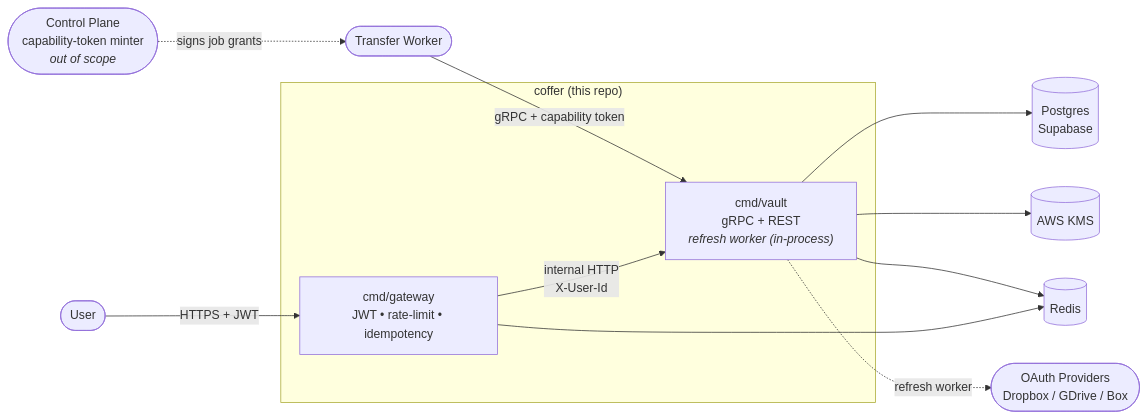
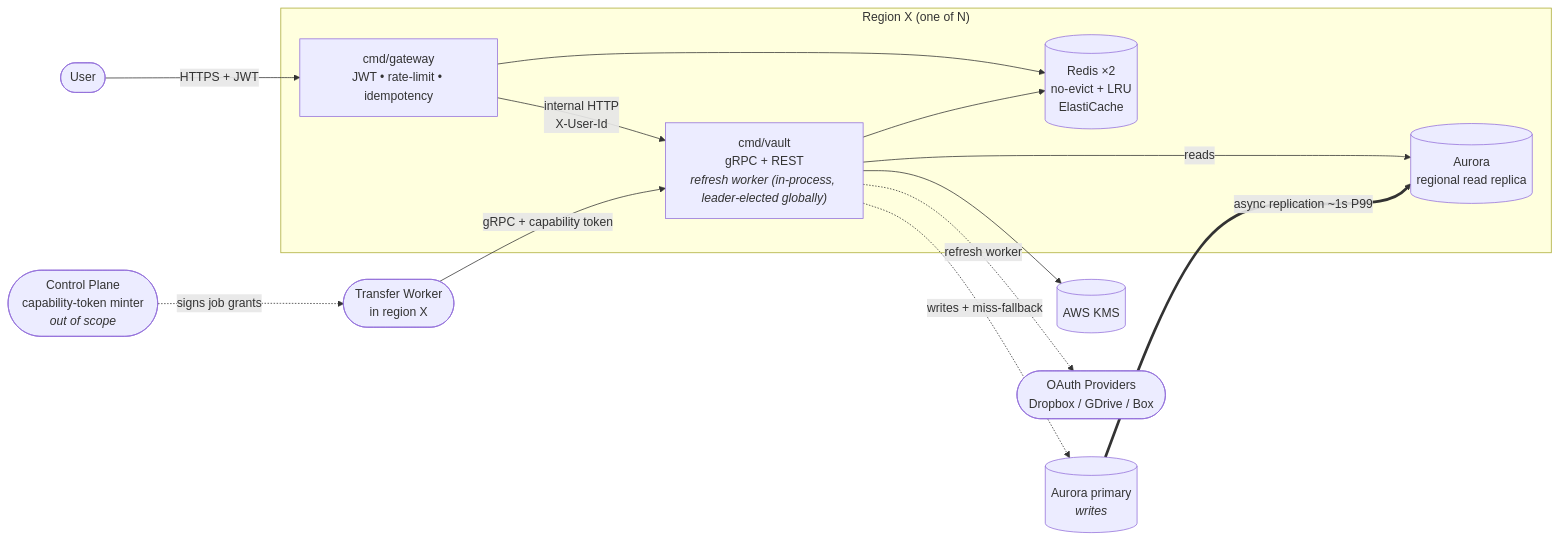
Before and after one commit to tumultousRamen/coffer: the first of 4 diagrams in README.md, drawn with Mermaid. The commit also changed other lines of this file and 9 other files, not shown here.

````diff
--- a/README.md
+++ b/README.md
@@ -16,27 +16,30 @@
 ```mermaid
 flowchart LR
     User([User])
-    Worker([Transfer Worker])
+    Worker([Transfer Worker<br/>in region X])
     CP([Control Plane<br/>capability-token minter<br/><i>out of scope</i>])
 
-    subgraph coffer["coffer (this repo)"]
+    subgraph region["Region X (one of N)"]
         Gateway["cmd/gateway<br/>JWT • rate-limit • idempotency"]
-        Vault["cmd/vault<br/>gRPC + REST<br/><i>refresh worker (in-process)</i>"]
+        Vault["cmd/vault<br/>gRPC + REST<br/><i>refresh worker (in-process, leader-elected globally)</i>"]
+        Replica[("Aurora<br/>regional read replica")]
+        Redis[("Redis ×2<br/>no-evict + LRU<br/>ElastiCache")]
     end
 
-    PG[("Postgres<br/>Supabase")]
+    Primary[("Aurora primary<br/><i>writes</i>")]
     KMS[("AWS KMS")]
-    Redis[("Redis")]
     OAuthP([OAuth Providers<br/>Dropbox / GDrive / Box])
 
     User -->|HTTPS + JWT| Gateway
     Gateway -->|internal HTTP<br/>X-User-Id| Vault
     Gateway --> Redis
     CP -.->|signs job grants| Worker
     Worker -->|gRPC + capability token| Vault
 
-    Vault --> PG
+    Vault -->|reads| Replica
+    Vault -.->|writes + miss-fallback| Primary
     Vault --> KMS
     Vault --> Redis
     Vault -.->|refresh worker| OAuthP
+    Primary ===>|async replication ~1s P99| Replica
 ```
````
